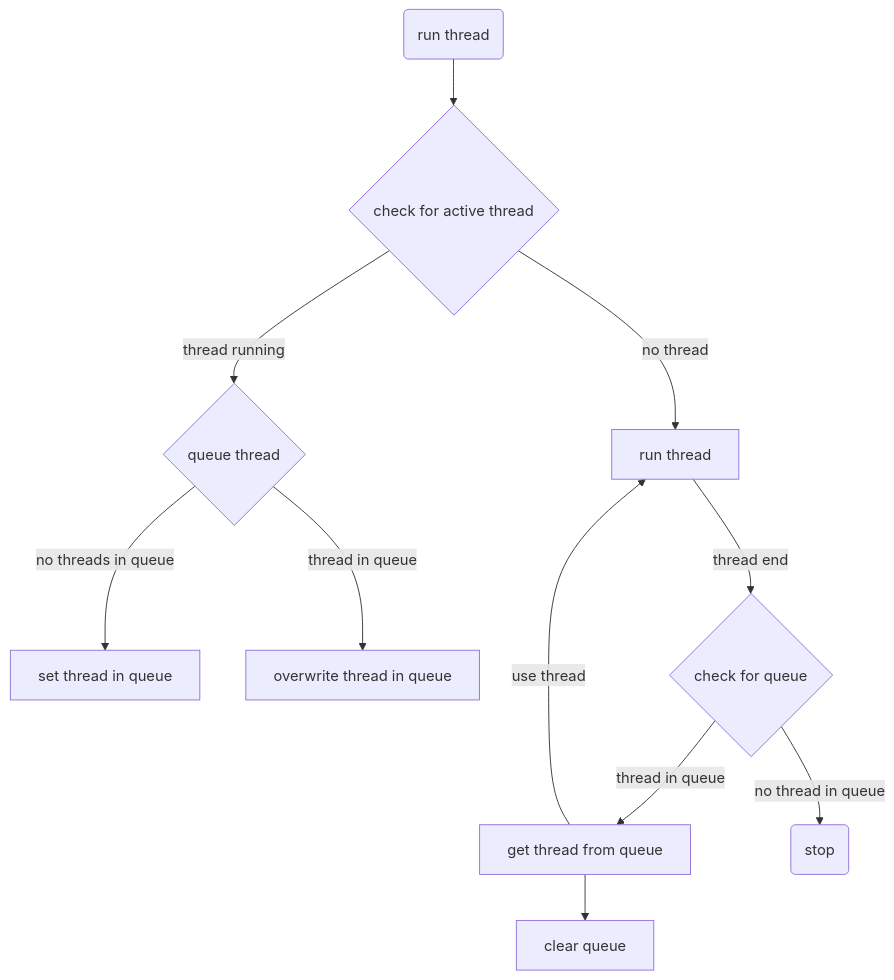
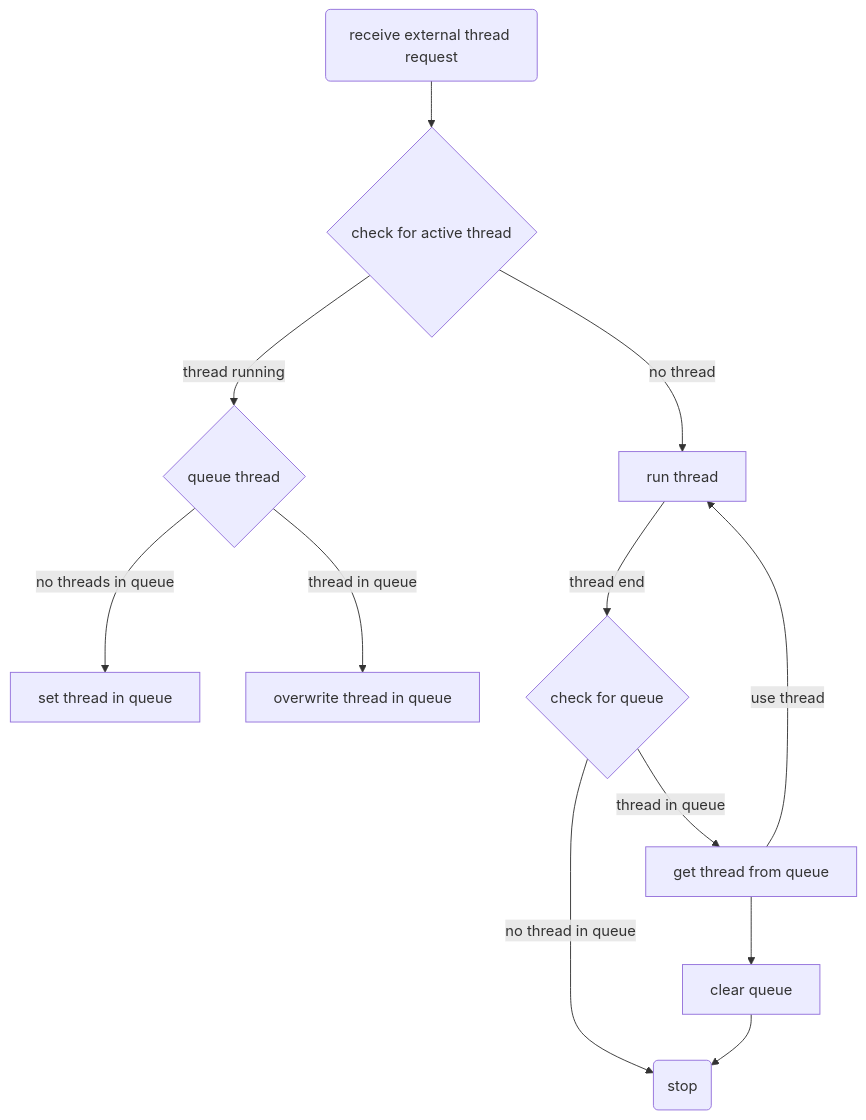
One commit to NSPC911/rovr changed the first of 2 diagrams in docs/src/content/docs/contributing/optimisation.mdx. Above: the diagram before and after it, drawn with Mermaid. The commit also changed other lines of this file and 6 other files, not shown here.

````diff
--- a/docs/src/content/docs/contributing/optimisation.mdx
+++ b/docs/src/content/docs/contributing/optimisation.mdx
@@ -13,13 +13,14 @@
 ```mermaid
 flowchart TD
-    a(run thread) --> b{check for active thread}
+    a(receive external thread request) --> b{check for active thread}
     b --> |no thread| c[run thread]
     b --> |thread running| d{queue thread}
     d --> |no threads in queue| e[set thread in queue]
     d --> |thread in queue| f[overwrite thread in queue]
     c --> |thread end| h{check for queue}
     h --> |thread in queue| j[get thread from queue]
     j --> i[clear queue]
     j --> |use thread| c
-    h --> |no thread in queue| s(stop)
+    h --> |no thread in queue|s
+    i --> s(stop)
 ```
````
